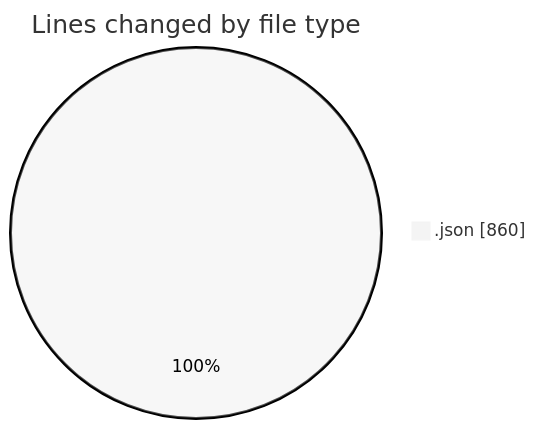
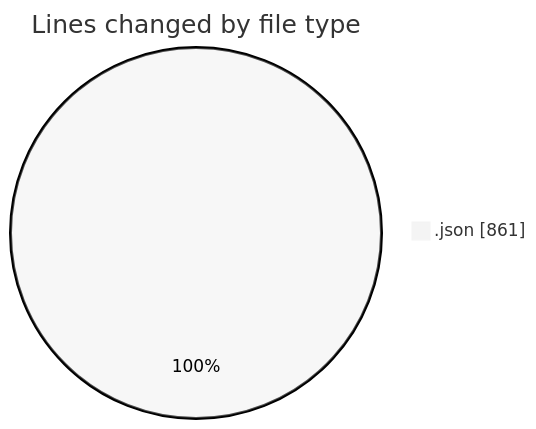
Before and after one commit to EIIisD/code-tracking: the first of 2 diagrams in 2025-08-23/ribbon/README.md, drawn with Mermaid (neutral theme). The commit also changed other lines of this file and 1 other file, not shown here.

````diff
--- a/2025-08-23/ribbon/README.md
+++ b/2025-08-23/ribbon/README.md
@@ -21,5 +21,5 @@
 ```mermaid
 pie showData
 title Lines changed by file type
-".json" : 860
+".json" : 861
 ```
````
